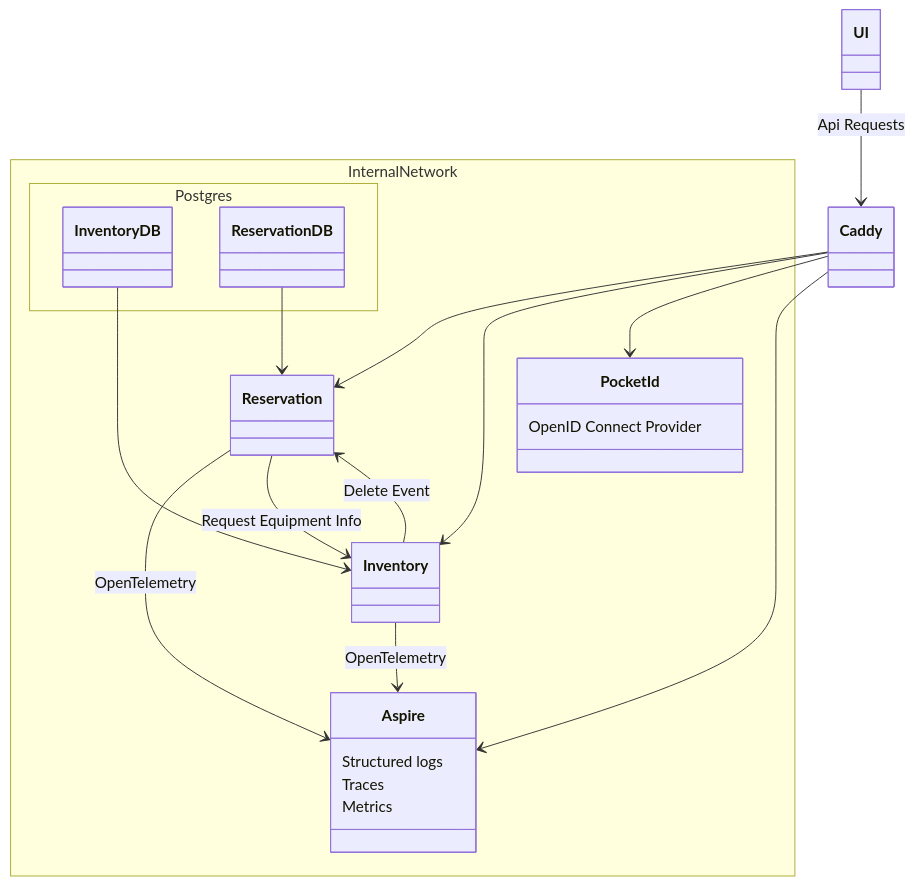
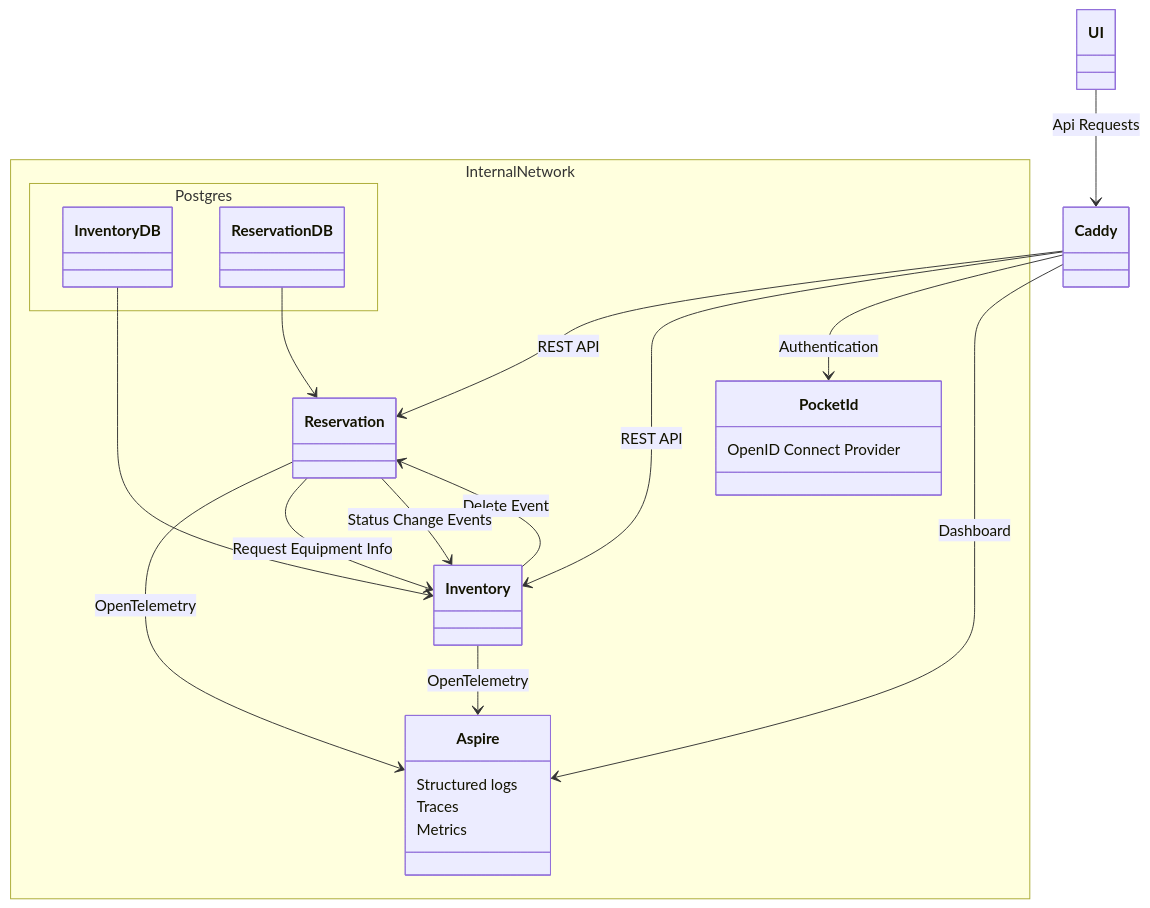
The diagram in readme.md (JoonasKajava/microservices-and-containers), drawn with Mermaid before and after one commit. The commit also changed other lines of this file and 7 other files, not shown here.

````diff
--- a/readme.md
+++ b/readme.md
@@ -6,54 +12,55 @@
 ```mermaid
 classDiagram
 
   namespace InternalNetwork {
     class Reservation {
   
     }
     class Inventory {
   
     }
   
     class PocketId {
       OpenID Connect Provider
     }
   
     class Aspire {
       Structured logs
       Traces
       Metrics
     }
 
     namespace Postgres {
       class InventoryDB {
         
       }
       class ReservationDB
     }
   }
 
 
   class UI {
 
   }
   class Caddy {
 
   }
 
   UI --> Caddy : Api Requests
 
-  Caddy --> Reservation
-  Caddy --> Inventory
-  Caddy --> PocketId
-  Caddy --> Aspire
+  Caddy --> Reservation : REST API
+  Caddy --> Inventory : REST API
+  Caddy --> PocketId : Authentication
+  Caddy --> Aspire : Dashboard
 
   Reservation --> Aspire : OpenTelemetry
   Inventory --> Aspire : OpenTelemetry
 
   Inventory --> Reservation : Delete Event
   Reservation --> Inventory : Request Equipment Info
+  Reservation --> Inventory : Status Change Events 
 
   InventoryDB --> Inventory
   ReservationDB --> Reservation
   
 ```
````
